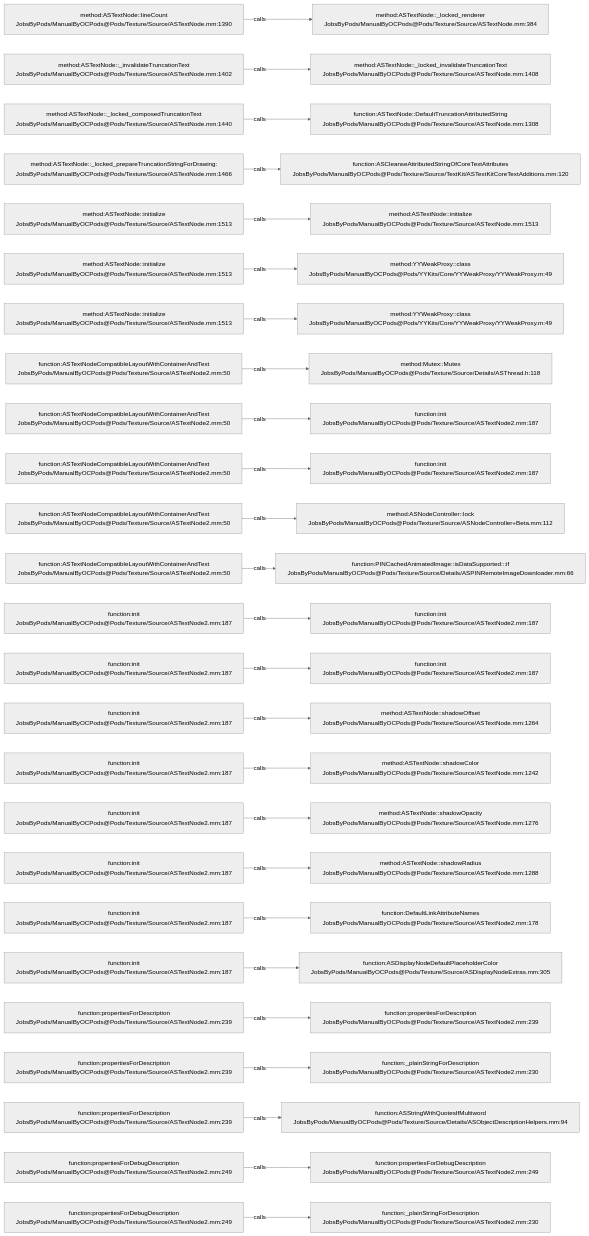
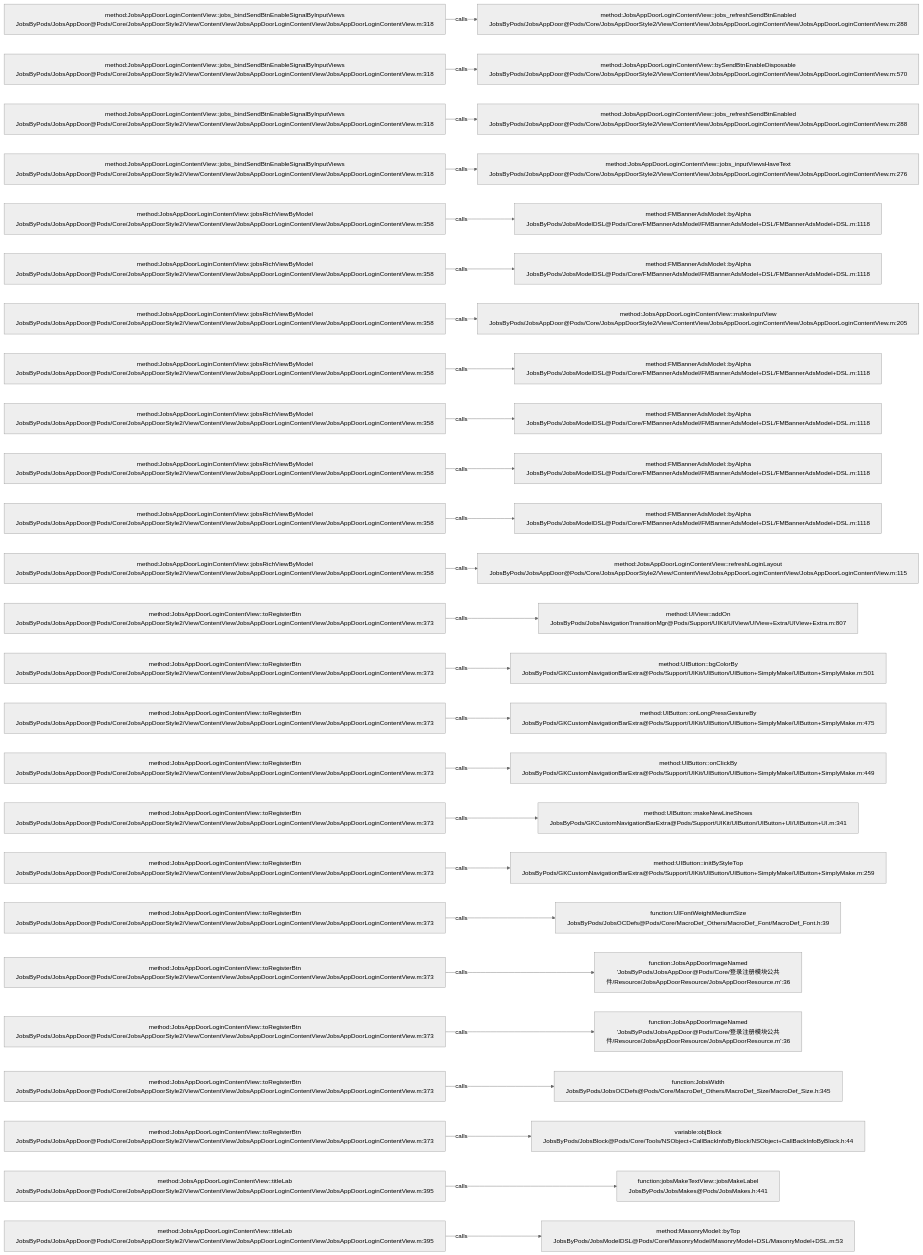
One commit to JobsKits/JobsOCBaseConfigDemo changed the diagram in .codegraph/codegraph.md/graphs/calls-123.md. Above: the diagram before and after it, drawn with Mermaid (neutral theme). The commit also changed 768 other files, not shown here.

````diff
--- a/.codegraph/codegraph.md/graphs/calls-123.md
+++ b/.codegraph/codegraph.md/graphs/calls-123.md
@@ -13,78 +13,78 @@
 ```mermaid
 flowchart LR
-  S1["method:ASTextNode::lineCount<br/>JobsByPods/ManualByOCPods@Pods/Texture/Source/ASTextNode.mm:1390"]
-  T1["method:ASTextNode::_locked_renderer<br/>JobsByPods/ManualByOCPods@Pods/Texture/Source/ASTextNode.mm:384"]
+  S1["method:JobsAppDoorLoginContentView::jobs_bindSendBtnEnableSignalByInputViews<br/>JobsByPods/JobsAppDoor@Pods/Core/JobsAppDoorStyle2/View/ContentView/JobsAppDoorLoginContentView/JobsAppDoorLoginContentView.m:318"]
+  T1["method:JobsAppDoorLoginContentView::jobs_refreshSendBtnEnabled<br/>JobsByPods/JobsAppDoor@Pods/Core/JobsAppDoorStyle2/View/ContentView/JobsAppDoorLoginContentView/JobsAppDoorLoginContentView.m:288"]
   S1 -->|calls| T1
-  S2["method:ASTextNode::_invalidateTruncationText<br/>JobsByPods/ManualByOCPods@Pods/Texture/Source/ASTextNode.mm:1402"]
-  T2["method:ASTextNode::_locked_invalidateTruncationText<br/>JobsByPods/ManualByOCPods@Pods/Texture/Source/ASTextNode.mm:1408"]
+  S2["method:JobsAppDoorLoginContentView::jobs_bindSendBtnEnableSignalByInputViews<br/>JobsByPods/JobsAppDoor@Pods/Core/JobsAppDoorStyle2/View/ContentView/JobsAppDoorLoginContentView/JobsAppDoorLoginContentView.m:318"]
+  T2["method:JobsAppDoorLoginContentView::bySendBtnEnableDisposable<br/>JobsByPods/JobsAppDoor@Pods/Core/JobsAppDoorStyle2/View/ContentView/JobsAppDoorLoginContentView/JobsAppDoorLoginContentView.m:570"]
   S2 -->|calls| T2
-  S3["method:ASTextNode::_locked_composedTruncationText<br/>JobsByPods/ManualByOCPods@Pods/Texture/Source/ASTextNode.mm:1440"]
-  T3["function:ASTextNode::DefaultTruncationAttributedString<br/>JobsByPods/ManualByOCPods@Pods/Texture/Source/ASTextNode.mm:1308"]
+  S3["method:JobsAppDoorLoginContentView::jobs_bindSendBtnEnableSignalByInputViews<br/>JobsByPods/JobsAppDoor@Pods/Core/JobsAppDoorStyle2/View/ContentView/JobsAppDoorLoginContentView/JobsAppDoorLoginContentView.m:318"]
+  T3["method:JobsAppDoorLoginContentView::jobs_refreshSendBtnEnabled<br/>JobsByPods/JobsAppDoor@Pods/Core/JobsAppDoorStyle2/View/ContentView/JobsAppDoorLoginContentView/JobsAppDoorLoginContentView.m:288"]
   S3 -->|calls| T3
-  S4["method:ASTextNode::_locked_prepareTruncationStringForDrawing:<br/>JobsByPods/ManualByOCPods@Pods/Texture/Source/ASTextNode.mm:1466"]
-  T4["function:ASCleanseAttributedStringOfCoreTextAttributes<br/>JobsByPods/ManualByOCPods@Pods/Texture/Source/TextKit/ASTextKitCoreTextAdditions.mm:120"]
+  S4["method:JobsAppDoorLoginContentView::jobs_bindSendBtnEnableSignalByInputViews<br/>JobsByPods/JobsAppDoor@Pods/Core/JobsAppDoorStyle2/View/ContentView/JobsAppDoorLoginContentView/JobsAppDoorLoginContentView.m:318"]
+  T4["method:JobsAppDoorLoginContentView::jobs_inputViewsHaveText<br/>JobsByPods/JobsAppDoor@Pods/Core/JobsAppDoorStyle2/View/ContentView/JobsAppDoorLoginContentView/JobsAppDoorLoginContentView.m:276"]
   S4 -->|calls| T4
-  S5["method:ASTextNode::initialize<br/>JobsByPods/ManualByOCPods@Pods/Texture/Source/ASTextNode.mm:1513"]
-  T5["method:ASTextNode::initialize<br/>JobsByPods/ManualByOCPods@Pods/Texture/Source/ASTextNode.mm:1513"]
+  S5["method:JobsAppDoorLoginContentView::jobsRichViewByModel<br/>JobsByPods/JobsAppDoor@Pods/Core/JobsAppDoorStyle2/View/ContentView/JobsAppDoorLoginContentView/JobsAppDoorLoginContentView.m:358"]
+  T5["method:FMBannerAdsModel::byAlpha<br/>JobsByPods/JobsModelDSL@Pods/Core/FMBannerAdsModel/FMBannerAdsModel+DSL/FMBannerAdsModel+DSL.m:1118"]
   S5 -->|calls| T5
-  S6["method:ASTextNode::initialize<br/>JobsByPods/ManualByOCPods@Pods/Texture/Source/ASTextNode.mm:1513"]
-  T6["method:YYWeakProxy::class<br/>JobsByPods/ManualByOCPods@Pods/YYKits/Core/YYWeakProxy/YYWeakProxy.m:49"]
+  S6["method:JobsAppDoorLoginContentView::jobsRichViewByModel<br/>JobsByPods/JobsAppDoor@Pods/Core/JobsAppDoorStyle2/View/ContentView/JobsAppDoorLoginContentView/JobsAppDoorLoginContentView.m:358"]
+  T6["method:FMBannerAdsModel::byAlpha<br/>JobsByPods/JobsModelDSL@Pods/Core/FMBannerAdsModel/FMBannerAdsModel+DSL/FMBannerAdsModel+DSL.m:1118"]
   S6 -->|calls| T6
-  S7["method:ASTextNode::initialize<br/>JobsByPods/ManualByOCPods@Pods/Texture/Source/ASTextNode.mm:1513"]
-  T7["method:YYWeakProxy::class<br/>JobsByPods/ManualByOCPods@Pods/YYKits/Core/YYWeakProxy/YYWeakProxy.m:49"]
+  S7["method:JobsAppDoorLoginContentView::jobsRichViewByModel<br/>JobsByPods/JobsAppDoor@Pods/Core/JobsAppDoorStyle2/View/ContentView/JobsAppDoorLoginContentView/JobsAppDoorLoginContentView.m:358"]
+  T7["method:JobsAppDoorLoginContentView::makeInputView<br/>JobsByPods/JobsAppDoor@Pods/Core/JobsAppDoorStyle2/View/ContentView/JobsAppDoorLoginContentView/JobsAppDoorLoginContentView.m:205"]
   S7 -->|calls| T7
-  S8["function:ASTextNodeCompatibleLayoutWithContainerAndText<br/>JobsByPods/ManualByOCPods@Pods/Texture/Source/ASTextNode2.mm:50"]
-  T8["method:Mutex::Mutex<br/>JobsByPods/ManualByOCPods@Pods/Texture/Source/Details/ASThread.h:118"]
+  S8["method:JobsAppDoorLoginContentView::jobsRichViewByModel<br/>JobsByPods/JobsAppDoor@Pods/Core/JobsAppDoorStyle2/View/ContentView/JobsAppDoorLoginContentView/JobsAppDoorLoginContentView.m:358"]
+  T8["method:FMBannerAdsModel::byAlpha<br/>JobsByPods/JobsModelDSL@Pods/Core/FMBannerAdsModel/FMBannerAdsModel+DSL/FMBannerAdsModel+DSL.m:1118"]
   S8 -->|calls| T8
-  S9["function:ASTextNodeCompatibleLayoutWithContainerAndText<br/>JobsByPods/ManualByOCPods@Pods/Texture/Source/ASTextNode2.mm:50"]
-  T9["function:init<br/>JobsByPods/ManualByOCPods@Pods/Texture/Source/ASTextNode2.mm:187"]
+  S9["method:JobsAppDoorLoginContentView::jobsRichViewByModel<br/>JobsByPods/JobsAppDoor@Pods/Core/JobsAppDoorStyle2/View/ContentView/JobsAppDoorLoginContentView/JobsAppDoorLoginContentView.m:358"]
+  T9["method:FMBannerAdsModel::byAlpha<br/>JobsByPods/JobsModelDSL@Pods/Core/FMBannerAdsModel/FMBannerAdsModel+DSL/FMBannerAdsModel+DSL.m:1118"]
   S9 -->|calls| T9
-  S10["function:ASTextNodeCompatibleLayoutWithContainerAndText<br/>JobsByPods/ManualByOCPods@Pods/Texture/Source/ASTextNode2.mm:50"]
-  T10["function:init<br/>JobsByPods/ManualByOCPods@Pods/Texture/Source/ASTextNode2.mm:187"]
+  S10["method:JobsAppDoorLoginContentView::jobsRichViewByModel<br/>JobsByPods/JobsAppDoor@Pods/Core/JobsAppDoorStyle2/View/ContentView/JobsAppDoorLoginContentView/JobsAppDoorLoginContentView.m:358"]
+  T10["method:FMBannerAdsModel::byAlpha<br/>JobsByPods/JobsModelDSL@Pods/Core/FMBannerAdsModel/FMBannerAdsModel+DSL/FMBannerAdsModel+DSL.m:1118"]
   S10 -->|calls| T10
-  S11["function:ASTextNodeCompatibleLayoutWithContainerAndText<br/>JobsByPods/ManualByOCPods@Pods/Texture/Source/ASTextNode2.mm:50"]
-  T11["method:ASNodeController::lock<br/>JobsByPods/ManualByOCPods@Pods/Texture/Source/ASNodeController+Beta.mm:112"]
+  S11["method:JobsAppDoorLoginContentView::jobsRichViewByModel<br/>JobsByPods/JobsAppDoor@Pods/Core/JobsAppDoorStyle2/View/ContentView/JobsAppDoorLoginContentView/JobsAppDoorLoginContentView.m:358"]
+  T11["method:FMBannerAdsModel::byAlpha<br/>JobsByPods/JobsModelDSL@Pods/Core/FMBannerAdsModel/FMBannerAdsModel+DSL/FMBannerAdsModel+DSL.m:1118"]
   S11 -->|calls| T11
-  S12["function:ASTextNodeCompatibleLayoutWithContainerAndText<br/>JobsByPods/ManualByOCPods@Pods/Texture/Source/ASTextNode2.mm:50"]
-  T12["function:PINCachedAnimatedImage::isDataSupported:::if<br/>JobsByPods/ManualByOCPods@Pods/Texture/Source/Details/ASPINRemoteImageDownloader.mm:66"]
+  S12["method:JobsAppDoorLoginContentView::jobsRichViewByModel<br/>JobsByPods/JobsAppDoor@Pods/Core/JobsAppDoorStyle2/View/ContentView/JobsAppDoorLoginContentView/JobsAppDoorLoginContentView.m:358"]
+  T12["method:JobsAppDoorLoginContentView::refreshLoginLayout<br/>JobsByPods/JobsAppDoor@Pods/Core/JobsAppDoorStyle2/View/ContentView/JobsAppDoorLoginContentView/JobsAppDoorLoginContentView.m:115"]
   S12 -->|calls| T12
-  S13["function:init<br/>JobsByPods/ManualByOCPods@Pods/Texture/Source/ASTextNode2.mm:187"]
-  T13["function:init<br/>JobsByPods/ManualByOCPods@Pods/Texture/Source/ASTextNode2.mm:187"]
+  S13["method:JobsAppDoorLoginContentView::toRegisterBtn<br/>JobsByPods/JobsAppDoor@Pods/Core/JobsAppDoorStyle2/View/ContentView/JobsAppDoorLoginContentView/JobsAppDoorLoginContentView.m:373"]
+  T13["method:UIView::addOn<br/>JobsByPods/JobsNavigationTransitionMgr@Pods/Support/UIKit/UIView/UIView+Extra/UIView+Extra.m:807"]
   S13 -->|calls| T13
-  S14["function:init<br/>JobsByPods/ManualByOCPods@Pods/Texture/Source/ASTextNode2.mm:187"]
-  T14["function:init<br/>JobsByPods/ManualByOCPods@Pods/Texture/Source/ASTextNode2.mm:187"]
+  S14["method:JobsAppDoorLoginContentView::toRegisterBtn<br/>JobsByPods/JobsAppDoor@Pods/Core/JobsAppDoorStyle2/View/ContentView/JobsAppDoorLoginContentView/JobsAppDoorLoginContentView.m:373"]
+  T14["method:UIButton::bgColorBy<br/>JobsByPods/GKCustomNavigationBarExtra@Pods/Support/UIKit/UIButton/UIButton+SimplyMake/UIButton+SimplyMake.m:501"]
   S14 -->|calls| T14
-  S15["function:init<br/>JobsByPods/ManualByOCPods@Pods/Texture/Source/ASTextNode2.mm:187"]
-  T15["method:ASTextNode::shadowOffset<br/>JobsByPods/ManualByOCPods@Pods/Texture/Source/ASTextNode.mm:1264"]
+  S15["method:JobsAppDoorLoginContentView::toRegisterBtn<br/>JobsByPods/JobsAppDoor@Pods/Core/JobsAppDoorStyle2/View/ContentView/JobsAppDoorLoginContentView/JobsAppDoorLoginContentView.m:373"]
+  T15["method:UIButton::onLongPressGestureBy<br/>JobsByPods/GKCustomNavigationBarExtra@Pods/Support/UIKit/UIButton/UIButton+SimplyMake/UIButton+SimplyMake.m:475"]
   S15 -->|calls| T15
-  S16["function:init<br/>JobsByPods/ManualByOCPods@Pods/Texture/Source/ASTextNode2.mm:187"]
-  T16["method:ASTextNode::shadowColor<br/>JobsByPods/ManualByOCPods@Pods/Texture/Source/ASTextNode.mm:1242"]
+  S16["method:JobsAppDoorLoginContentView::toRegisterBtn<br/>JobsByPods/JobsAppDoor@Pods/Core/JobsAppDoorStyle2/View/ContentView/JobsAppDoorLoginContentView/JobsAppDoorLoginContentView.m:373"]
+  T16["method:UIButton::onClickBy<br/>JobsByPods/GKCustomNavigationBarExtra@Pods/Support/UIKit/UIButton/UIButton+SimplyMake/UIButton+SimplyMake.m:449"]
   S16 -->|calls| T16
-  S17["function:init<br/>JobsByPods/ManualByOCPods@Pods/Texture/Source/ASTextNode2.mm:187"]
-  T17["method:ASTextNode::shadowOpacity<br/>JobsByPods/ManualByOCPods@Pods/Texture/Source/ASTextNode.mm:1276"]
+  S17["method:JobsAppDoorLoginContentView::toRegisterBtn<br/>JobsByPods/JobsAppDoor@Pods/Core/JobsAppDoorStyle2/View/ContentView/JobsAppDoorLoginContentView/JobsAppDoorLoginContentView.m:373"]
+  T17["method:UIButton::makeNewLineShows<br/>JobsByPods/GKCustomNavigationBarExtra@Pods/Support/UIKit/UIButton/UIButton+UI/UIButton+UI.m:341"]
   S17 -->|calls| T17
-  S18["function:init<br/>JobsByPods/ManualByOCPods@Pods/Texture/Source/ASTextNode2.mm:187"]
-  T18["method:ASTextNode::shadowRadius<br/>JobsByPods/ManualByOCPods@Pods/Texture/Source/ASTextNode.mm:1288"]
+  S18["method:JobsAppDoorLoginContentView::toRegisterBtn<br/>JobsByPods/JobsAppDoor@Pods/Core/JobsAppDoorStyle2/View/ContentView/JobsAppDoorLoginContentView/JobsAppDoorLoginContentView.m:373"]
+  T18["method:UIButton::initByStyleTop<br/>JobsByPods/GKCustomNavigationBarExtra@Pods/Support/UIKit/UIButton/UIButton+SimplyMake/UIButton+SimplyMake.m:259"]
   S18 -->|calls| T18
-  S19["function:init<br/>JobsByPods/ManualByOCPods@Pods/Texture/Source/ASTextNode2.mm:187"]
-  T19["function:DefaultLinkAttributeNames<br/>JobsByPods/ManualByOCPods@Pods/Texture/Source/ASTextNode2.mm:178"]
+  S19["method:JobsAppDoorLoginContentView::toRegisterBtn<br/>JobsByPods/JobsAppDoor@Pods/Core/JobsAppDoorStyle2/View/ContentView/JobsAppDoorLoginContentView/JobsAppDoorLoginContentView.m:373"]
+  T19["function:UIFontWeightMediumSize<br/>JobsByPods/JobsOCDefs@Pods/Core/MacroDef_Others/MacroDef_Font/MacroDef_Font.h:39"]
   S19 -->|calls| T19
-  S20["function:init<br/>JobsByPods/ManualByOCPods@Pods/Texture/Source/ASTextNode2.mm:187"]
-  T20["function:ASDisplayNodeDefaultPlaceholderColor<br/>JobsByPods/ManualByOCPods@Pods/Texture/Source/ASDisplayNodeExtras.mm:305"]
+  S20["method:JobsAppDoorLoginContentView::toRegisterBtn<br/>JobsByPods/JobsAppDoor@Pods/Core/JobsAppDoorStyle2/View/ContentView/JobsAppDoorLoginContentView/JobsAppDoorLoginContentView.m:373"]
+  T20["function:JobsAppDoorImageNamed<br/>'JobsByPods/JobsAppDoor@Pods/Core/登录注册模块公共件/Resource/JobsAppDoorResource/JobsAppDoorResource.m':36"]
   S20 -->|calls| T20
-  S21["function:propertiesForDescription<br/>JobsByPods/ManualByOCPods@Pods/Texture/Source/ASTextNode2.mm:239"]
-  T21["function:propertiesForDescription<br/>JobsByPods/ManualByOCPods@Pods/Texture/Source/ASTextNode2.mm:239"]
+  S21["method:JobsAppDoorLoginContentView::toRegisterBtn<br/>JobsByPods/JobsAppDoor@Pods/Core/JobsAppDoorStyle2/View/ContentView/JobsAppDoorLoginContentView/JobsAppDoorLoginContentView.m:373"]
+  T21["function:JobsAppDoorImageNamed<br/>'JobsByPods/JobsAppDoor@Pods/Core/登录注册模块公共件/Resource/JobsAppDoorResource/JobsAppDoorResource.m':36"]
   S21 -->|calls| T21
-  S22["function:propertiesForDescription<br/>JobsByPods/ManualByOCPods@Pods/Texture/Source/ASTextNode2.mm:239"]
-  T22["function:_plainStringForDescription<br/>JobsByPods/ManualByOCPods@Pods/Texture/Source/ASTextNode2.mm:230"]
+  S22["method:JobsAppDoorLoginContentView::toRegisterBtn<br/>JobsByPods/JobsAppDoor@Pods/Core/JobsAppDoorStyle2/View/ContentView/JobsAppDoorLoginContentView/JobsAppDoorLoginContentView.m:373"]
+  T22["function:JobsWidth<br/>JobsByPods/JobsOCDefs@Pods/Core/MacroDef_Others/MacroDef_Size/MacroDef_Size.h:345"]
   S22 -->|calls| T22
-  S23["function:propertiesForDescription<br/>JobsByPods/ManualByOCPods@Pods/Texture/Source/ASTextNode2.mm:239"]
-  T23["function:ASStringWithQuotesIfMultiword<br/>JobsByPods/ManualByOCPods@Pods/Texture/Source/Details/ASObjectDescriptionHelpers.mm:94"]
+  S23["method:JobsAppDoorLoginContentView::toRegisterBtn<br/>JobsByPods/JobsAppDoor@Pods/Core/JobsAppDoorStyle2/View/ContentView/JobsAppDoorLoginContentView/JobsAppDoorLoginContentView.m:373"]
+  T23["variable:objBlock<br/>JobsByPods/JobsBlock@Pods/Core/Tools/NSObject+CallBackInfoByBlock/NSObject+CallBackInfoByBlock.h:44"]
   S23 -->|calls| T23
-  S24["function:propertiesForDebugDescription<br/>JobsByPods/ManualByOCPods@Pods/Texture/Source/ASTextNode2.mm:249"]
-  T24["function:propertiesForDebugDescription<br/>JobsByPods/ManualByOCPods@Pods/Texture/Source/ASTextNode2.mm:249"]
+  S24["method:JobsAppDoorLoginContentView::titleLab<br/>JobsByPods/JobsAppDoor@Pods/Core/JobsAppDoorStyle2/View/ContentView/JobsAppDoorLoginContentView/JobsAppDoorLoginContentView.m:395"]
+  T24["function:jobsMakeTextView::jobsMakeLabel<br/>JobsByPods/JobsMakes@Pods/JobsMakes.h:441"]
   S24 -->|calls| T24
-  S25["function:propertiesForDebugDescription<br/>JobsByPods/ManualByOCPods@Pods/Texture/Source/ASTextNode2.mm:249"]
-  T25["function:_plainStringForDescription<br/>JobsByPods/ManualByOCPods@Pods/Texture/Source/ASTextNode2.mm:230"]
+  S25["method:JobsAppDoorLoginContentView::titleLab<br/>JobsByPods/JobsAppDoor@Pods/Core/JobsAppDoorStyle2/View/ContentView/JobsAppDoorLoginContentView/JobsAppDoorLoginContentView.m:395"]
+  T25["method:MasonryModel::byTop<br/>JobsByPods/JobsModelDSL@Pods/Core/MasonryModel/MasonryModel+DSL/MasonryModel+DSL.m:53"]
   S25 -->|calls| T25
 ```
````
